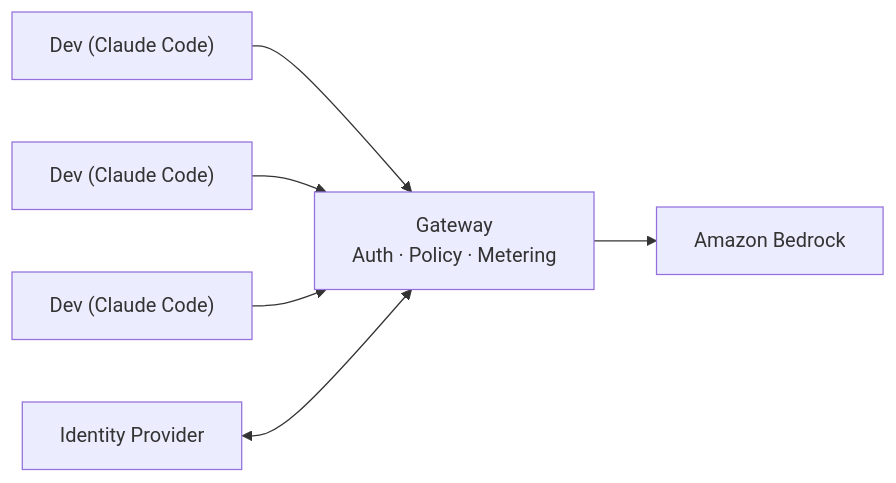
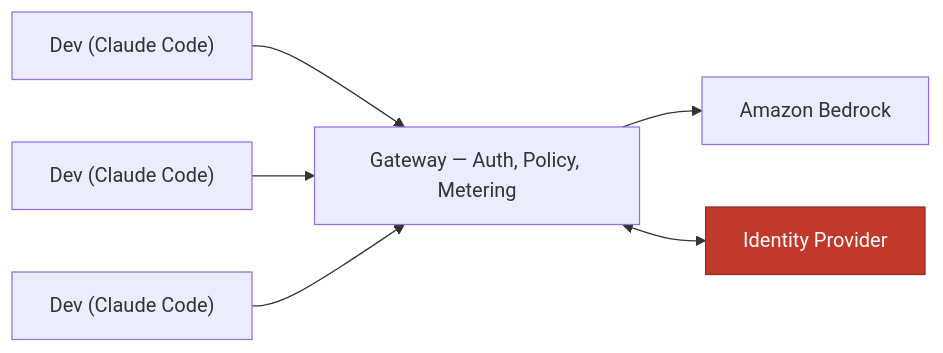
The diagram in content/posts/llm-gateway-part-01/index.md (kenkitts/Blog), drawn with Mermaid before and after one commit. The commit also changed other lines of this file and 1 other file, not shown here.

Commit message:
fix(config): Enable goldmark unsafe renderer for Mermaid diagrams
Add goldmark.renderer.unsafe: true to hugo.yaml so the Mermaid codeblock
render hook can output raw HTML. Without this, Hugo silently falls back to
rendering mermaid fences as plain code blocks.

Also fix mermaid diagram in llm-gateway-part-1: remove literal \n from
node label which caused Hugo's minifier to truncate the pre block, and
drop subgraph syntax in favour of plain flowchart nodes.

````diff
--- a/content/posts/llm-gateway-part-01/index.md
+++ b/content/posts/llm-gateway-part-01/index.md
@@ -30,8 +30,9 @@
 ```mermaid
 flowchart LR
     D1["Dev (Claude Code)"] --> GW
     D2["Dev (Claude Code)"] --> GW
     D3["Dev (Claude Code)"] --> GW
-    IdP["Identity Provider"] <--> GW
-    GW["Gateway\nAuth · Policy · Metering"] --> B["Amazon Bedrock"]
+    GW["Gateway — Auth, Policy, Metering"] --> B["Amazon Bedrock"]
+    GW <--> IdP["Identity Provider"]
+    style IdP fill:#c0392b,color:#fff,stroke:#922b21
 ```
````
